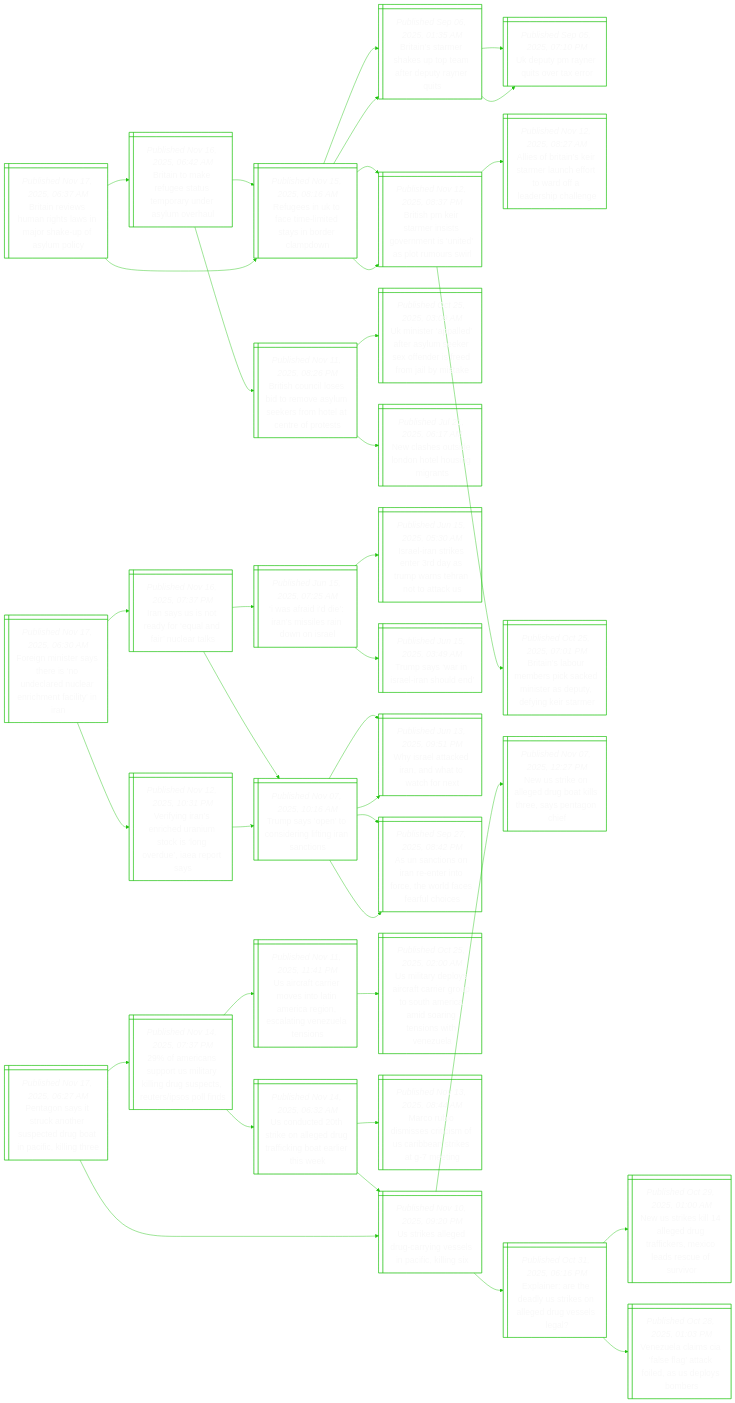
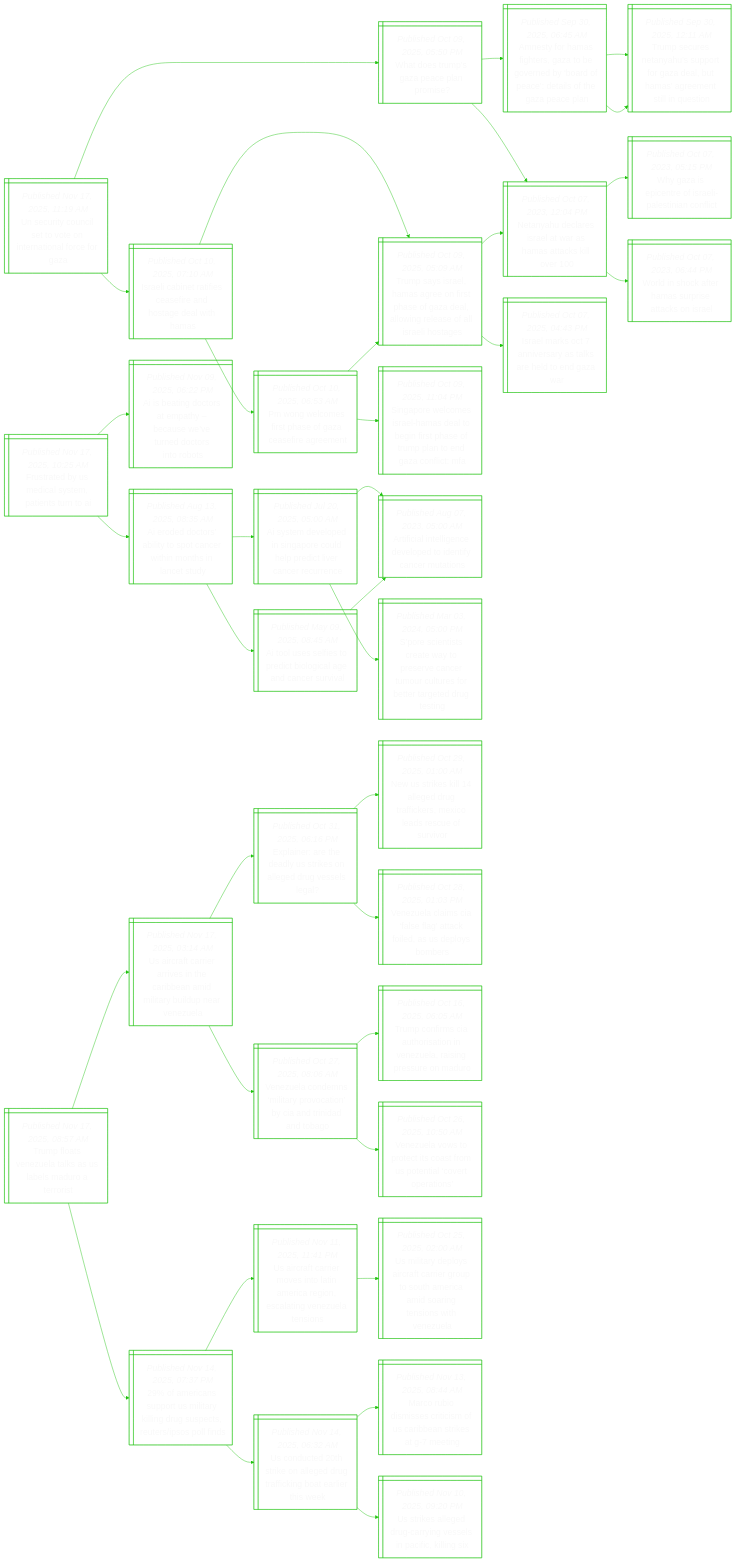
Before and after one commit to notJmes/notJmes: the diagram in README.md, drawn with Mermaid. The commit also changed other lines of this file, not shown here.

````diff
--- a/README.md
+++ b/README.md
@@ -16,91 +16,93 @@
 flowchart LR
 classDef txtsize font-size:20px;
 
-Biiuilnreamc@{ shape: win-pane, label: "_Published Nov 17, 2025, 06:37 AM_
-Britain reviews human rights laws in major shake-up of asylum policy" }
-Biafssouamh@{ shape: win-pane, label: "_Published Nov 16, 2025, 06:42 AM_
-Britain to make refugee status temporary under asylum overhaul" }
-ReUamitnemn@{ shape: win-pane, label: "_Published Nov 15, 2025, 08:16 AM_
-Refugees in uk to face time-limited stays in border clampdown" }
-Biasspadyet@{ shape: win-pane, label: "_Published Sep 06, 2025, 01:35 AM_
-Britain’s starmer shakes up top team after deputy rayner quits" }
-Bseaitennatui@{ shape: win-pane, label: "_Published Nov 12, 2025, 08:37 PM_
-British pm keir starmer insists government is ‘united’ as plot rumours swirl" }
-Bsnoieameoeeot@{ shape: win-pane, label: "_Published Nov 11, 2025, 08:26 PM_
-British council loses bid to remove asylum seekers from hotel at centre of protests" }
-Uialtyesfreols@{ shape: win-pane, label: "_Published Oct 25, 2025, 03:09 AM_
-Uk minister ‘appalled’ after asylum seeker sex offender is freed from jail by mistake" }
-Naoddtumn@{ shape: win-pane, label: "_Published Jul 21, 2025, 06:17 AM_
-New clashes outside london hotel housing migrants" }
-ReUamitnemn@{ shape: win-pane, label: "_Published Nov 15, 2025, 08:16 AM_
-Refugees in uk to face time-limited stays in border clampdown" }
-Biasspadyet@{ shape: win-pane, label: "_Published Sep 06, 2025, 01:35 AM_
-Britain’s starmer shakes up top team after deputy rayner quits" }
-UuRrstr@{ shape: win-pane, label: "_Published Sep 05, 2025, 07:10 PM_
-Uk deputy pm rayner quits over tax error" }
-UuRrstr@{ shape: win-pane, label: "_Published Sep 05, 2025, 07:10 PM_
-Uk deputy pm rayner quits over tax error" }
-Bseaitennatui@{ shape: win-pane, label: "_Published Nov 12, 2025, 08:37 PM_
-British pm keir starmer insists government is ‘united’ as plot rumours swirl" }
-AsisSenfooeshn@{ shape: win-pane, label: "_Published Nov 12, 2025, 08:27 AM_
-Allies of britain’s keir starmer launch effort to ward off a leadership challenge" }
-Bibessdsstyea@{ shape: win-pane, label: "_Published Oct 25, 2025, 07:01 PM_
-Britain’s labour members pick sacked minister as deputy, defying keir starmer" }
+UuCitettlea@{ shape: win-pane, label: "_Published Nov 17, 2025, 11:19 AM_
+Un security council set to vote on international force for gaza" }
+Wouaaam@{ shape: win-pane, label: "_Published Oct 09, 2025, 05:50 PM_
+What does trump’s gaza peace plan promise?" }
+AtHfezerydatoGel@{ shape: win-pane, label: "_Published Sep 30, 2025, 06:45 AM_
+Amnesty for hamas fighters, gaza to be governed by ‘board of peace’: details of the gaza peace plan" }
+Tseaupoabmrnluo@{ shape: win-pane, label: "_Published Sep 30, 2025, 12:11 AM_
+Trump secures netanyahu’s support for gaza deal, but hamas’ agreement still in question" }
+Tseaupoabmrnluo@{ shape: win-pane, label: "_Published Sep 30, 2025, 12:11 AM_
+Trump secures netanyahu’s support for gaza deal, but hamas’ agreement still in question" }
+NyeeawHakl@{ shape: win-pane, label: "_Published Oct 07, 2023, 12:04 PM_
+Netanyahu declares israel at war as hamas attacks kill over 100" }
+WzptIleint@{ shape: win-pane, label: "_Published Oct 07, 2023, 05:15 PM_
+Why gaza is epicentre of israeli-palestinian conflict" }
+Wiceapaks@{ shape: win-pane, label: "_Published Oct 07, 2023, 06:44 PM_
+World in shock after hamas surprise attacks on israel" }
+Iliaeseoewa@{ shape: win-pane, label: "_Published Oct 10, 2025, 07:10 AM_
+Israeli cabinet ratifies ceasefire and hostage deal with hamas" }
+TssHaossaaorslaoe@{ shape: win-pane, label: "_Published Oct 09, 2025, 05:09 AM_
+Trump says israel, hamas agree on first phase of gaza deal, allowing release of all israeli hostages" }
+Ilsnrakhoar@{ shape: win-pane, label: "_Published Oct 07, 2025, 04:43 PM_
+Israel marks oct 7 anniversary as talks are held to end gaza war" }
+NyeeawHakl@{ shape: win-pane, label: "_Published Oct 07, 2023, 12:04 PM_
+Netanyahu declares israel at war as hamas attacks kill over 100" }
+Pgoihfcfge@{ shape: win-pane, label: "_Published Oct 10, 2025, 06:53 AM_
+Pm wong welcomes first phase of gaza ceasefire agreement" }
+TssHaossaaorslaoe@{ shape: win-pane, label: "_Published Oct 09, 2025, 05:09 AM_
+Trump says israel, hamas agree on first phase of gaza deal, allowing release of all israeli hostages" }
+SpeeamaeihfptGoc@{ shape: win-pane, label: "_Published Oct 09, 2025, 11:04 PM_
+Singapore welcomes israel-hamas deal to begin first phase of trump plan to end gaza conflict: mfa" }
 
-Biiuilnreamc:::txtsize --> Biafssouamh:::txtsize
-Biafssouamh:::txtsize --> ReUamitnemn:::txtsize
-ReUamitnemn:::txtsize --> Biasspadyet:::txtsize
-ReUamitnemn:::txtsize --> Bseaitennatui:::txtsize
-Biafssouamh:::txtsize --> Bsnoieameoeeot:::txtsize
-Bsnoieameoeeot:::txtsize --> Uialtyesfreols:::txtsize
-Bsnoieameoeeot:::txtsize --> Naoddtumn:::txtsize
-Biiuilnreamc:::txtsize --> ReUamitnemn:::txtsize
-ReUamitnemn:::txtsize --> Biasspadyet:::txtsize
-Biasspadyet:::txtsize --> UuRrstr:::txtsize
-Biasspadyet:::txtsize --> UuRrstr:::txtsize
-ReUamitnemn:::txtsize --> Bseaitennatui:::txtsize
-Bseaitennatui:::txtsize --> AsisSenfooeshn:::txtsize
-Bseaitennatui:::txtsize --> Bibessdsstyea:::txtsize
+UuCitettlea:::txtsize --> Wouaaam:::txtsize
+Wouaaam:::txtsize --> AtHfezerydatoGel:::txtsize
+AtHfezerydatoGel:::txtsize --> Tseaupoabmrnluo:::txtsize
+AtHfezerydatoGel:::txtsize --> Tseaupoabmrnluo:::txtsize
+Wouaaam:::txtsize --> NyeeawHakl:::txtsize
+NyeeawHakl:::txtsize --> WzptIleint:::txtsize
+NyeeawHakl:::txtsize --> Wiceapaks:::txtsize
+UuCitettlea:::txtsize --> Iliaeseoewa:::txtsize
+Iliaeseoewa:::txtsize --> TssHaossaaorslaoe:::txtsize
+TssHaossaaorslaoe:::txtsize --> Ilsnrakhoar:::txtsize
+TssHaossaaorslaoe:::txtsize --> NyeeawHakl:::txtsize
+Iliaeseoewa:::txtsize --> Pgoihfcfge:::txtsize
+Pgoihfcfge:::txtsize --> TssHaossaaorslaoe:::txtsize
+Pgoihfcfge:::txtsize --> SpeeamaeihfptGoc:::txtsize
 
-FgishsdrcehfiI@{ shape: win-pane, label: "_Published Nov 17, 2025, 06:30 AM_
-Foreign minister says there is ‘no undeclared nuclear enrichment facility’ in iran" }
-Iairfudnak@{ shape: win-pane, label: "_Published Nov 16, 2025, 07:37 PM_
-Iran says us is not ready for ‘equal and fair’ nuclear talks" }
-IfIImlinr@{ shape: win-pane, label: "_Published Jun 15, 2025, 07:25 AM_
-‘i was afraid i’d die’: iran’s missiles rain down on israel" }
-Ilseearaenak@{ shape: win-pane, label: "_Published Jun 15, 2025, 05:30 AM_
-Israel-iran strikes enter 3rd day as trump warns tehran not to attack us" }
-TsasIhe@{ shape: win-pane, label: "_Published Jun 15, 2025, 03:49 AM_
-Trump says ‘war in israel-iran should end’" }
-Tspcdgiacs@{ shape: win-pane, label: "_Published Nov 07, 2025, 10:16 AM_
-Trump says ‘open’ to considering lifting iran sanctions" }
-Wrtenhwfx@{ shape: win-pane, label: "_Published Jun 13, 2025, 09:51 PM_
-Why israel attacked iran, and what to watch for next" }
-AaoIerftrcace@{ shape: win-pane, label: "_Published Sep 27, 2025, 08:42 PM_
-As un sanctions on iran re-enter into force, the world faces fearful choices" }
-VyrnentsouArs@{ shape: win-pane, label: "_Published Nov 12, 2025, 10:31 PM_
-Verifying iran’s enriched uranium stock is ‘long overdue’, iaea report says" }
-Tspcdgiacs@{ shape: win-pane, label: "_Published Nov 07, 2025, 10:16 AM_
-Trump says ‘open’ to considering lifting iran sanctions" }
-Wrtenhwfx@{ shape: win-pane, label: "_Published Jun 13, 2025, 09:51 PM_
-Why israel attacked iran, and what to watch for next" }
-AaoIerftrcace@{ shape: win-pane, label: "_Published Sep 27, 2025, 08:42 PM_
-As un sanctions on iran re-enter into force, the world faces fearful choices" }
+Frbeleito@{ shape: win-pane, label: "_Published Nov 17, 2025, 10:25 AM_
+Frustrated by us medical system, patients turn to ai" }
+Adcatpnimsnt@{ shape: win-pane, label: "_Published Aug 13, 2025, 08:35 AM_
+Ai eroded doctors’ ability to spot cancer within months in lancet study" }
+Atveiouldiarr@{ shape: win-pane, label: "_Published Jul 20, 2025, 05:00 AM_
+Ai system developed in singapore could help predict liver cancer recurrence" }
+Aiilcedeyeas@{ shape: win-pane, label: "_Published Aug 07, 2023, 05:00 AM_
+Artificial intelligence developed to identify cancer mutations" }
+Sstceoeatruotrdtn@{ shape: win-pane, label: "_Published Mar 03, 2024, 05:00 PM_
+S’pore scientists create way to preserve cancer tumour cultures for better targeted drug testing" }
+Alsertolncrl@{ shape: win-pane, label: "_Published May 09, 2025, 08:45 AM_
+Ai tool uses selfies to predict biological age and cancer survival" }
+Aiilcedeyeas@{ shape: win-pane, label: "_Published Aug 07, 2023, 05:00 AM_
+Artificial intelligence developed to identify cancer mutations" }
+Aegoehaerosrs@{ shape: win-pane, label: "_Published Nov 09, 2025, 06:22 PM_
+Ai is beating doctors at empathy – because we’ve turned doctors into robots" }
 
-FgishsdrcehfiI:::txtsize --> Iairfudnak:::txtsize
-Iairfudnak:::txtsize --> IfIImlinr:::txtsize
-IfIImlinr:::txtsize --> Ilseearaenak:::txtsize
-IfIImlinr:::txtsize --> TsasIhe:::txtsize
-Iairfudnak:::txtsize --> Tspcdgiacs:::txtsize
-Tspcdgiacs:::txtsize --> Wrtenhwfx:::txtsize
-Tspcdgiacs:::txtsize --> AaoIerftrcace:::txtsize
-FgishsdrcehfiI:::txtsize --> VyrnentsouArs:::txtsize
-VyrnentsouArs:::txtsize --> Tspcdgiacs:::txtsize
-Tspcdgiacs:::txtsize --> Wrtenhwfx:::txtsize
-Tspcdgiacs:::txtsize --> AaoIerftrcace:::txtsize
+Frbeleito:::txtsize --> Adcatpnimsnt:::txtsize
+Adcatpnimsnt:::txtsize --> Atveiouldiarr:::txtsize
+Atveiouldiarr:::txtsize --> Aiilcedeyeas:::txtsize
+Atveiouldiarr:::txtsize --> Sstceoeatruotrdtn:::txtsize
+Adcatpnimsnt:::txtsize --> Alsertolncrl:::txtsize
+Alsertolncrl:::txtsize --> Aiilcedeyeas:::txtsize
+Frbeleito:::txtsize --> Aegoehaerosrs:::txtsize
 
-Pgytaepdbnflt@{ shape: win-pane, label: "_Published Nov 17, 2025, 06:27 AM_
-Pentagon says it struck another suspected drug boat in pacific, killing three" }
+TfsztaaMort@{ shape: win-pane, label: "_Published Nov 17, 2025, 08:57 AM_
+Trump floats venezuela talks as us labels maduro a terrorist" }
+Ucceinaeiiburz@{ shape: win-pane, label: "_Published Nov 17, 2025, 03:14 AM_
+Us aircraft carrier arrives in the caribbean amid military buildup near venezuela" }
+Eirdyroersl@{ shape: win-pane, label: "_Published Oct 31, 2025, 06:16 PM_
+Explainer: are the deadly us strikes on alleged drug vessels legal?​" }
+Nselgufexeeov@{ shape: win-pane, label: "_Published Oct 29, 2025, 01:00 AM_
+New us strikes kill 14 alleged drug traffickers, mexico leads rescue of survivor" }
+VulClaaispbr@{ shape: win-pane, label: "_Published Oct 28, 2025, 01:03 PM_
+Venezuela claims cia ‘false flag’ attack foiled, as us deploys bombers" }
+VuonipcnAraTo@{ shape: win-pane, label: "_Published Oct 27, 2025, 08:06 AM_
+Venezuela condemns ‘military provocation’ by cia and trinidad and tobago" }
+TcrAotnzrnsou@{ shape: win-pane, label: "_Published Oct 16, 2025, 06:05 AM_
+Trump confirms cia authorisation in venezuela, raising pressure on maduro" }
+VuopccfSnctas@{ shape: win-pane, label: "_Published Oct 26, 2025, 10:50 AM_
+Venezuela vows to protect its coast from us potential ‘covert operations’" }
 orsomalduttpon@{ shape: win-pane, label: "_Published Nov 14, 2025, 07:37 PM_
 29% of americans support us military killing drug suspects, reuters/ipsos poll finds" }
 Ucceeonigsteens@{ shape: win-pane, label: "_Published Nov 11, 2025, 11:41 PM_
@@ -113,27 +115,19 @@
 Marco rubio dismisses criticism of us caribbean strikes at g-7 meeting" }
 Uildcisiiig@{ shape: win-pane, label: "_Published Nov 10, 2025, 09:20 PM_
 Us strikes alleged drug-carrying vessels in pacific, killing six" }
-Uildcisiiig@{ shape: win-pane, label: "_Published Nov 10, 2025, 09:20 PM_
-Us strikes alleged drug-carrying vessels in pacific, killing six" }
-Nseldolrytc@{ shape: win-pane, label: "_Published Nov 07, 2025, 12:27 PM_
-New us strike on alleged drug boat kills three, says pentagon chief" }
-Eirdyroersl@{ shape: win-pane, label: "_Published Oct 31, 2025, 06:16 PM_
-Explainer: are the deadly us strikes on alleged drug vessels legal?​" }
-Nselgufexeeov@{ shape: win-pane, label: "_Published Oct 29, 2025, 01:00 AM_
-New us strikes kill 14 alleged drug traffickers, mexico leads rescue of survivor" }
-VulClaaispbr@{ shape: win-pane, label: "_Published Oct 28, 2025, 01:03 PM_
-Venezuela claims cia ‘false flag’ attack foiled, as us deploys bombers" }
 
-Pgytaepdbnflt:::txtsize --> orsomalduttpon:::txtsize
+TfsztaaMort:::txtsize --> Ucceinaeiiburz:::txtsize
+Ucceinaeiiburz:::txtsize --> Eirdyroersl:::txtsize
+Eirdyroersl:::txtsize --> Nselgufexeeov:::txtsize
+Eirdyroersl:::txtsize --> VulClaaispbr:::txtsize
+Ucceinaeiiburz:::txtsize --> VuonipcnAraTo:::txtsize
+VuonipcnAraTo:::txtsize --> TcrAotnzrnsou:::txtsize
+VuonipcnAraTo:::txtsize --> VuopccfSnctas:::txtsize
+TfsztaaMort:::txtsize --> orsomalduttpon:::txtsize
 orsomalduttpon:::txtsize --> Ucceeonigsteens:::txtsize
 Ucceeonigsteens:::txtsize --> Uidycceuomasnswee:::txtsize
 orsomalduttpon:::txtsize --> Uddrngufialhe:::txtsize
 Uddrngufialhe:::txtsize --> MRdsriUinkGi:::txtsize
 Uddrngufialhe:::txtsize --> Uildcisiiig:::txtsize
-Pgytaepdbnflt:::txtsize --> Uildcisiiig:::txtsize
-Uildcisiiig:::txtsize --> Nseldolrytc:::txtsize
-Uildcisiiig:::txtsize --> Eirdyroersl:::txtsize
-Eirdyroersl:::txtsize --> Nselgufexeeov:::txtsize
-Eirdyroersl:::txtsize --> VulClaaispbr:::txtsize
 
 ```
````
